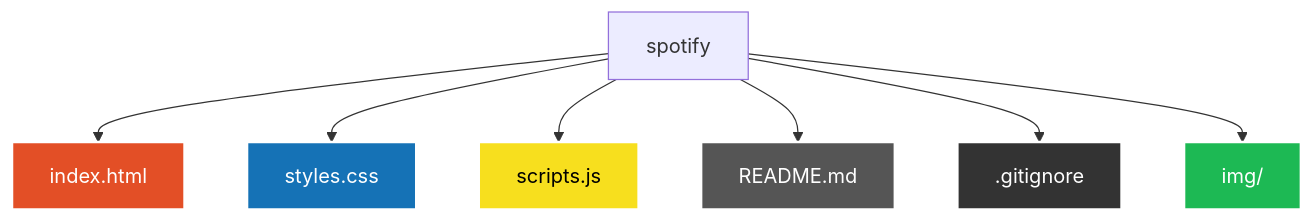
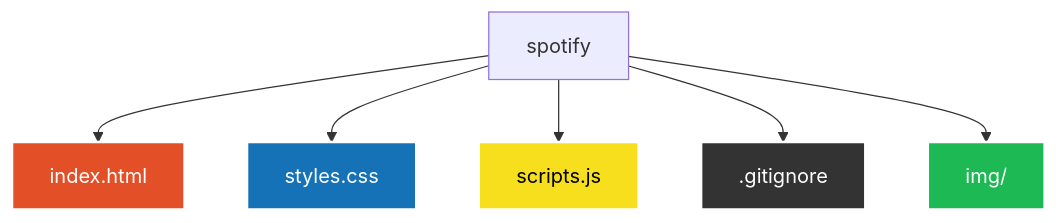
One commit to AliceSilva2012/spotify changed the diagram in README.md. Above: the diagram before and after it, drawn with Mermaid.

Commit message:
Update dependency graph in README.md
Removed README.md from the dependency graph.

````diff
--- a/README.md
+++ b/README.md
@@ -76,16 +76,14 @@
 ```mermaid
 graph TD
     A[spotify] --> B[index.html]
     A --> C[styles.css]
     A --> D[scripts.js]
-    A --> E[README.md]
     A --> F[.gitignore]
     A --> G[img/]
 
     style B fill:#e34f26,stroke:#fff,stroke-width:2px,color:#fff
     style C fill:#1572b6,stroke:#fff,stroke-width:2px,color:#fff
     style D fill:#f7df1e,stroke:#fff,stroke-width:2px,color:#000
-    style E fill:#555,stroke:#fff,stroke-width:2px,color:#fff
     style F fill:#333,stroke:#fff,stroke-width:2px,color:#fff
     style G fill:#1db954,stroke:#fff,stroke-width:2px,color:#fff
 ```
````
